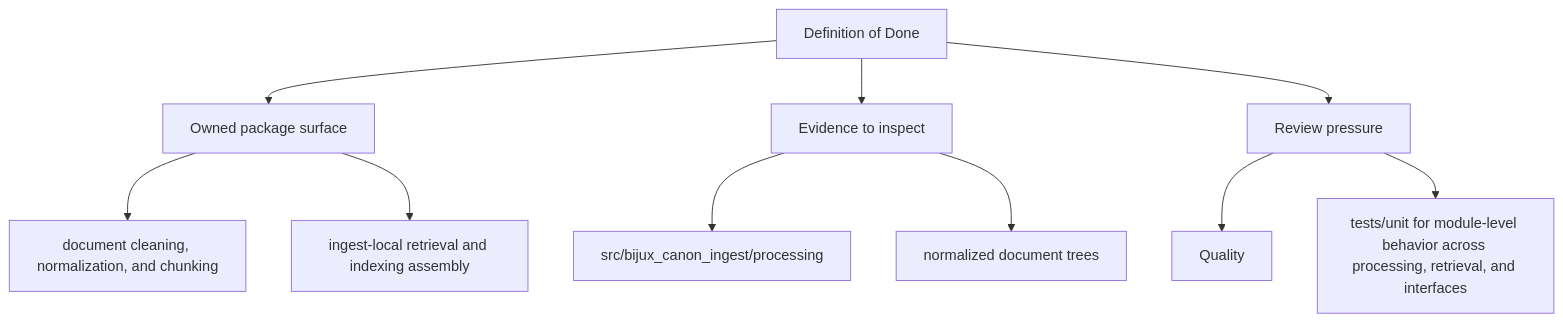
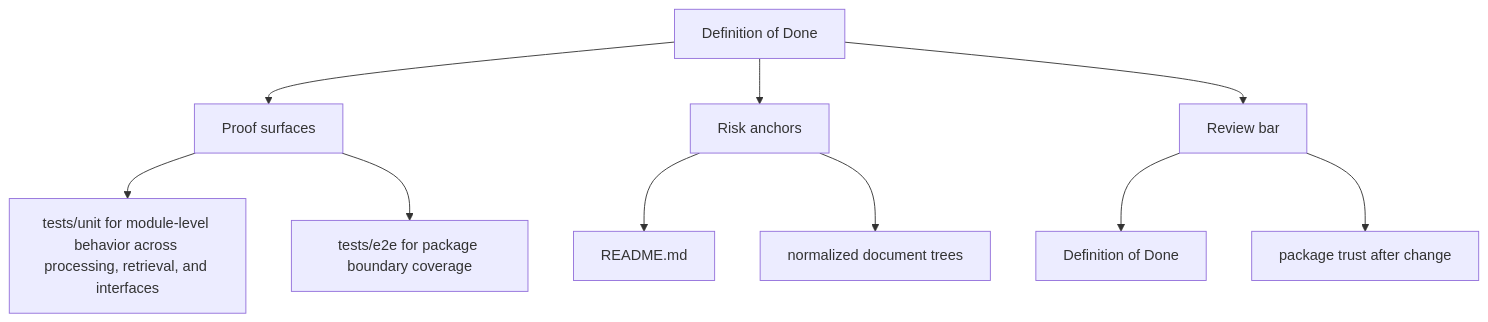
The second of 2 diagrams in docs/bijux-canon-ingest/quality/definition-of-done.md (bijux/bijux-canon), drawn with Mermaid before and after one commit. The commit also changed other lines of this file and 250 other files, not shown here.

Commit message:
docs(diagrams): make product page maps more readable

````diff
--- a/docs/bijux-canon-ingest/quality/definition-of-done.md
+++ b/docs/bijux-canon-ingest/quality/definition-of-done.md
@@ -34,22 +34,22 @@
 ```mermaid
 flowchart TD
     page["Definition of Done"]
-    focus1["Owned package surface"]
+    focus1["Proof surfaces"]
     page --> focus1
-    focus1_1["document cleaning, normalization, and chunking"]
+    focus1_1["tests/unit for module-level behavior across processing, retrieval, and interfaces"]
     focus1 --> focus1_1
-    focus1_2["ingest-local retrieval and indexing assembly"]
+    focus1_2["tests/e2e for package boundary coverage"]
     focus1 --> focus1_2
-    focus2["Evidence to inspect"]
+    focus2["Risk anchors"]
     page --> focus2
-    focus2_1["src/bijux_canon_ingest/processing"]
+    focus2_1["README.md"]
     focus2 --> focus2_1
     focus2_2["normalized document trees"]
     focus2 --> focus2_2
-    focus3["Review pressure"]
+    focus3["Review bar"]
     page --> focus3
-    focus3_1["Quality"]
+    focus3_1["Definition of Done"]
     focus3 --> focus3_1
-    focus3_2["tests/unit for module-level behavior across processing, retrieval, and interfaces"]
+    focus3_2["package trust after change"]
     focus3 --> focus3_2
 ```
````
